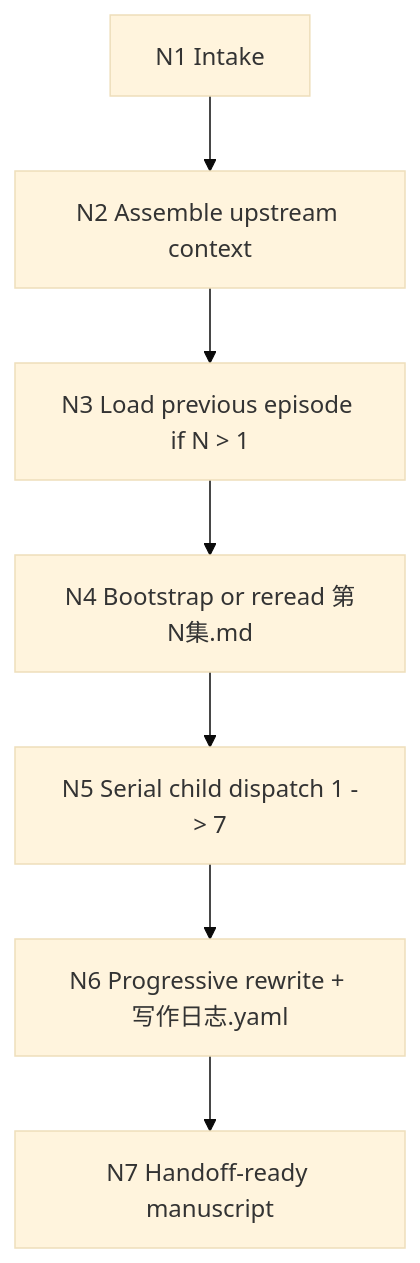
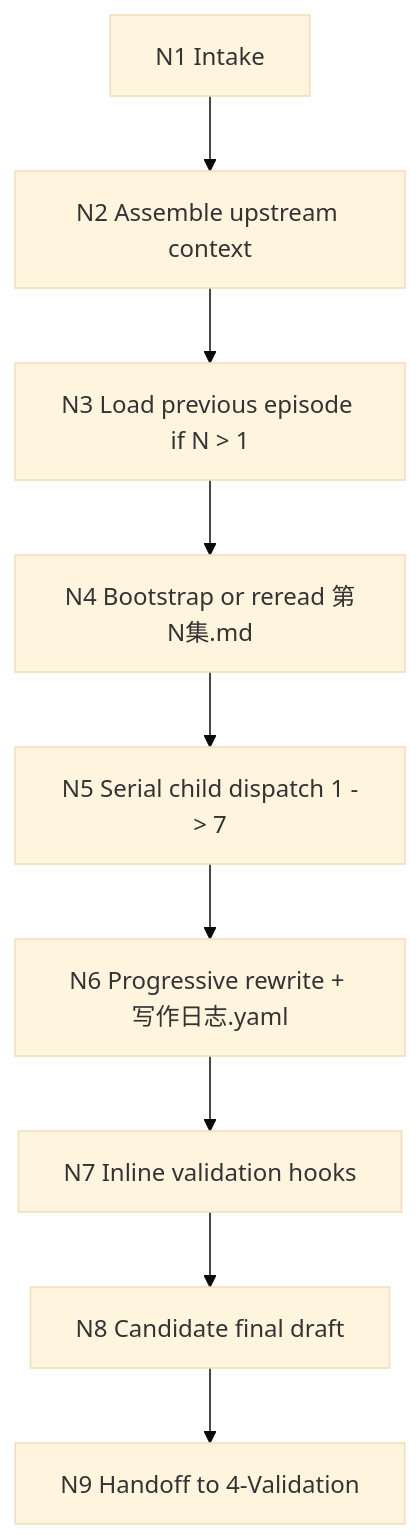
One commit to ZEN-VOID/AI-CUT changed the first of 3 diagrams in .agents/skills/story/3-Drafting/SKILL.md. Above: the diagram before and after it, drawn with Mermaid (base theme). The commit also changed other lines of this file and 291 other files, not shown here.

````diff
--- a/.agents/skills/story/3-Drafting/SKILL.md
+++ b/.agents/skills/story/3-Drafting/SKILL.md
@@ -192,9 +215,11 @@
 ```mermaid
 flowchart TD
     A["N1 Intake"] --> B["N2 Assemble upstream context"]
     B --> C["N3 Load previous episode if N > 1"]
     C --> D["N4 Bootstrap or reread 第N集.md"]
     D --> E["N5 Serial child dispatch 1 -> 7"]
     E --> F["N6 Progressive rewrite + 写作日志.yaml"]
-    F --> G["N7 Handoff-ready manuscript"]
+    F --> G["N7 Inline validation hooks"]
+    G --> H["N8 Candidate final draft"]
+    H --> I["N9 Handoff to 4-Validation"]
 ```
````
